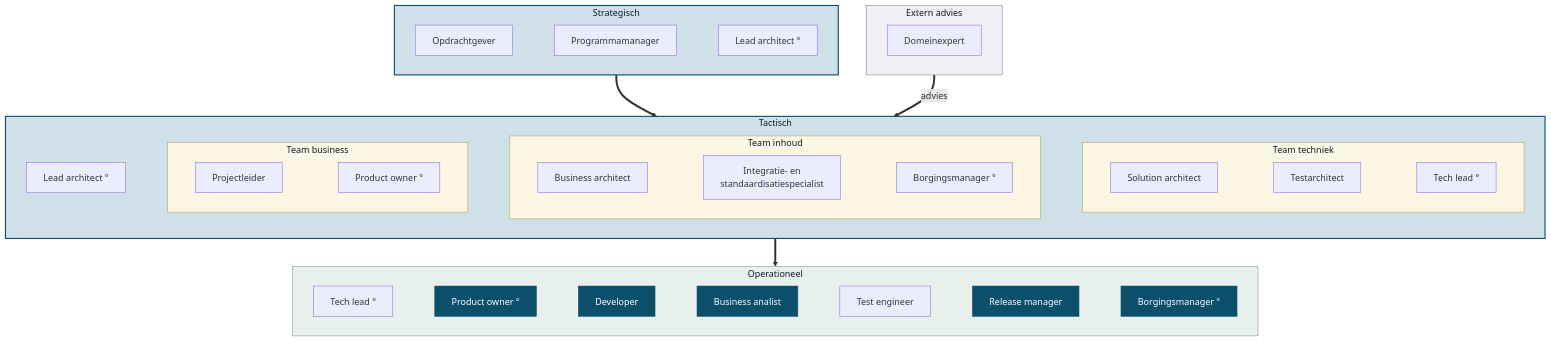
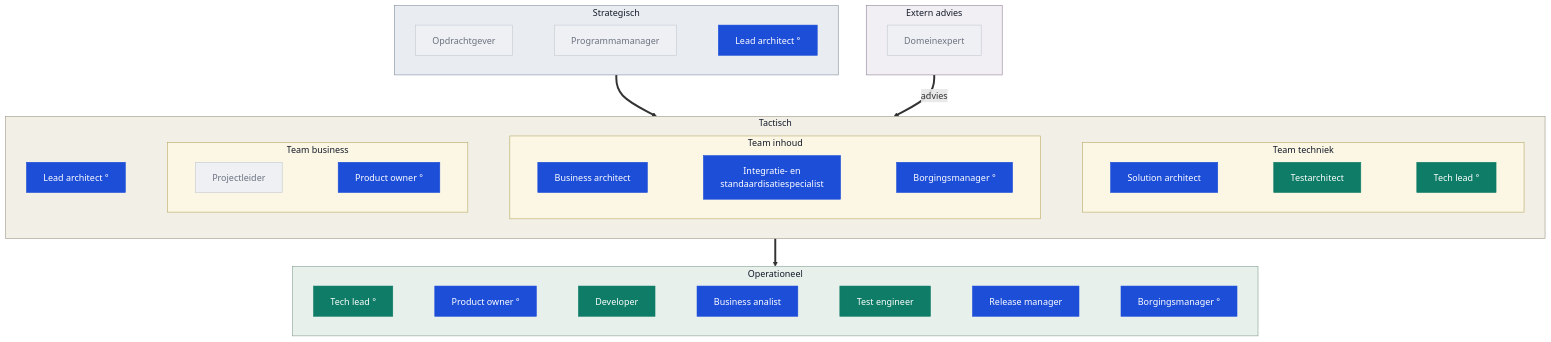
Before and after one commit to Npuls-OKx/meta: the second of 4 diagrams in presentaties/src/260903_rollen.md, drawn with Mermaid. The commit also changed other lines of this file, not shown here.

````diff
--- a/presentaties/src/260903_rollen.md
+++ b/presentaties/src/260903_rollen.md
@@ -149,47 +182,62 @@
 ```mermaid
 flowchart TB
   subgraph EX["Extern advies"]
     direction LR
     DE["Domeinexpert"]
   end
   subgraph S["Strategisch"]
     direction LR
     OG["Opdrachtgever"] ~~~ PM["Programmamanager"] ~~~ LA1["Lead architect °"]
   end
   subgraph T["Tactisch"]
     direction LR
     LA2["Lead architect °"]
     subgraph TB2["Team business"]
       direction LR
       PL["Projectleider"] ~~~ PO1["Product owner °"]
     end
     subgraph TI["Team inhoud"]
       direction LR
       BAR["Business architect"] ~~~ IS["Integratie- en<br/>standaardisatiespecialist"] ~~~ BM1["Borgingsmanager °"]
     end
     subgraph TT["Team techniek"]
       direction LR
       SA["Solution architect"] ~~~ TA["Testarchitect"] ~~~ TL1["Tech lead °"]
     end
     LA2 ~~~ TB2 ~~~ TI ~~~ TT
   end
   subgraph O["Operationeel"]
     direction LR
     TL2["Tech lead °"] ~~~ PO2["Product owner °"] ~~~ DEV["Developer"] ~~~ BA["Business analist"] ~~~ TE["Test engineer"] ~~~ RM["Release manager"] ~~~ BM2["Borgingsmanager °"]
   end
   S ==> T
   T ==> O
   EX ==>|advies| T
   style TB2 fill:#fbf7e4,stroke:#b3a55f,color:#111827
   style TI fill:#fbf7e4,stroke:#b3a55f,color:#111827
   style TT fill:#fbf7e4,stroke:#b3a55f,color:#111827
   style EX fill:#f2eff4,stroke:#8c7e94,color:#111827
-  style S fill:#cfe0e8,stroke:#0B4F6C,stroke-width:2px,color:#111827
-  style T fill:#cfe0e8,stroke:#0B4F6C,stroke-width:2px,color:#111827
+  style S fill:#e9edf2,stroke:#7d8a99,color:#111827
+  style T fill:#f2efe7,stroke:#9a9280,color:#111827
   style O fill:#e8f0ec,stroke:#7f9a8c,color:#111827
-  style PO2 fill:#0B4F6C,stroke:#0B4F6C,color:#fff
-  style DEV fill:#0B4F6C,stroke:#0B4F6C,color:#fff
-  style BA fill:#0B4F6C,stroke:#0B4F6C,color:#fff
-  style RM fill:#0B4F6C,stroke:#0B4F6C,color:#fff
-  style BM2 fill:#0B4F6C,stroke:#0B4F6C,color:#fff
+  style LA1 fill:#1D4ED8,stroke:#1D4ED8,color:#ffffff
+  style LA2 fill:#1D4ED8,stroke:#1D4ED8,color:#ffffff
+  style BAR fill:#1D4ED8,stroke:#1D4ED8,color:#ffffff
+  style IS fill:#1D4ED8,stroke:#1D4ED8,color:#ffffff
+  style SA fill:#1D4ED8,stroke:#1D4ED8,color:#ffffff
+  style PO1 fill:#1D4ED8,stroke:#1D4ED8,color:#ffffff
+  style PO2 fill:#1D4ED8,stroke:#1D4ED8,color:#ffffff
+  style BA fill:#1D4ED8,stroke:#1D4ED8,color:#ffffff
+  style RM fill:#1D4ED8,stroke:#1D4ED8,color:#ffffff
+  style BM1 fill:#1D4ED8,stroke:#1D4ED8,color:#ffffff
+  style BM2 fill:#1D4ED8,stroke:#1D4ED8,color:#ffffff
+  style TL1 fill:#0E7C66,stroke:#0E7C66,color:#ffffff
+  style TL2 fill:#0E7C66,stroke:#0E7C66,color:#ffffff
+  style DEV fill:#0E7C66,stroke:#0E7C66,color:#ffffff
+  style TA fill:#0E7C66,stroke:#0E7C66,color:#ffffff
+  style TE fill:#0E7C66,stroke:#0E7C66,color:#ffffff
+  style OG fill:#eef0f3,stroke:#c2c8d0,color:#6b7280
+  style PM fill:#eef0f3,stroke:#c2c8d0,color:#6b7280
+  style PL fill:#eef0f3,stroke:#c2c8d0,color:#6b7280
+  style DE fill:#eef0f3,stroke:#c2c8d0,color:#6b7280
 ```
````
